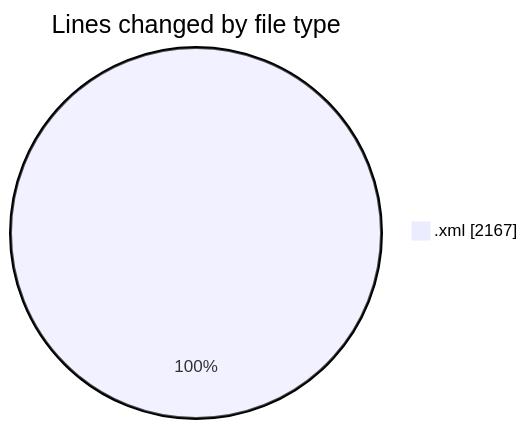
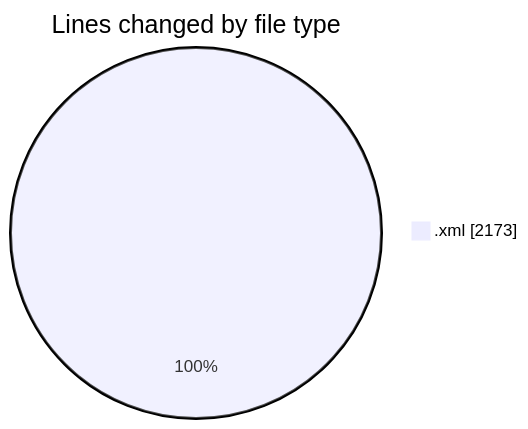
One commit to shibass792/code-tracking changed the first of 2 diagrams in 2026-07-17/cubase_15_64/README.md. Above: the diagram before and after it, drawn with Mermaid. The commit also changed other lines of this file and 1 other file, not shown here.

````diff
--- a/2026-07-17/cubase_15_64/README.md
+++ b/2026-07-17/cubase_15_64/README.md
@@ -20,5 +20,5 @@
 ```mermaid
 pie showData
 title Lines changed by file type
-".xml" : 2167
+".xml" : 2173
 ```
````
